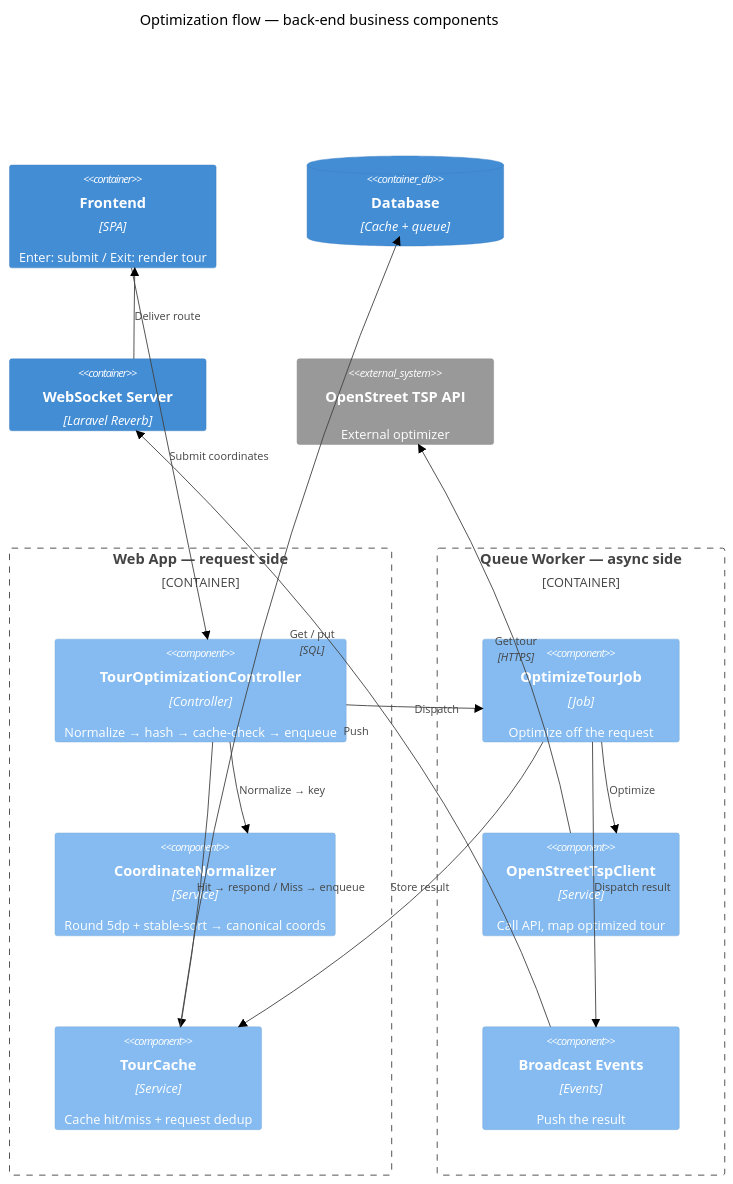
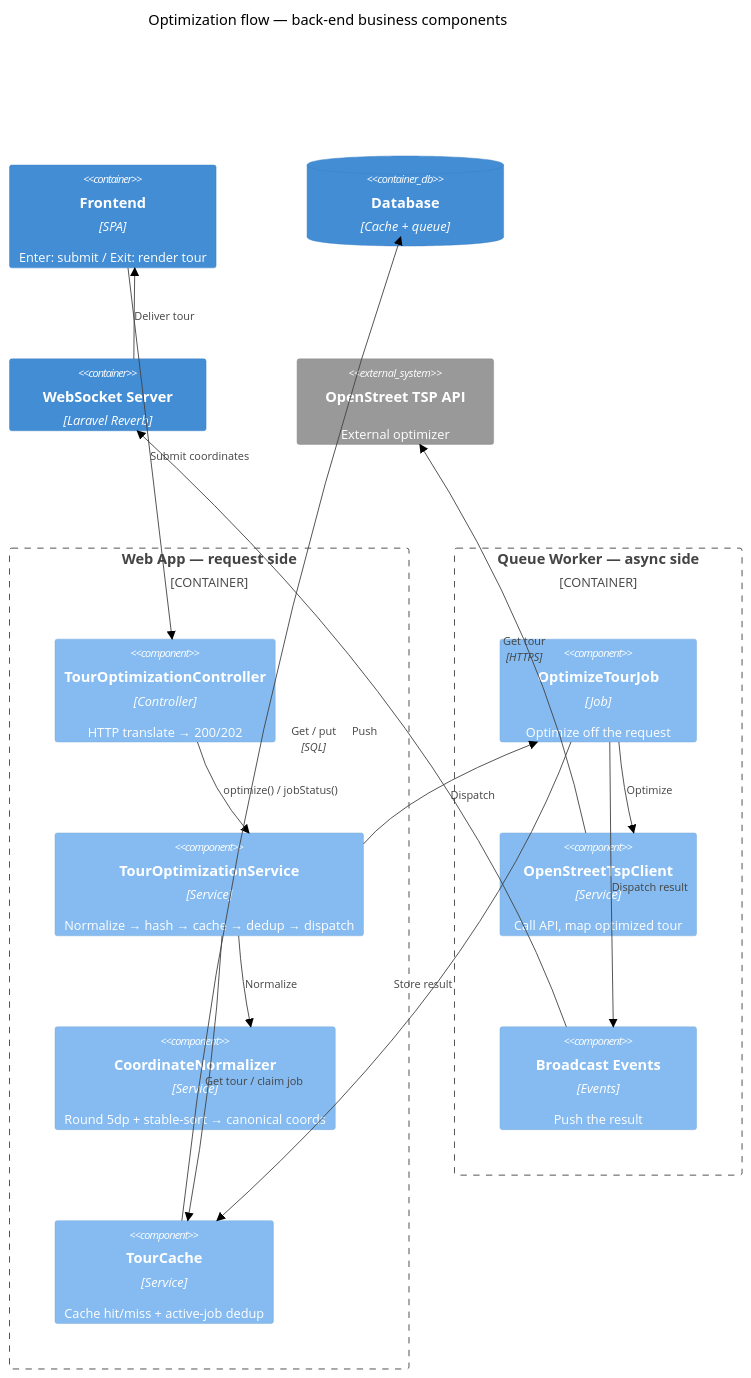
Before and after one commit to Bruoche/optistock: the third of 4 diagrams in specs/001-delivery-route-optimization/architecture.md, drawn with Mermaid (neutral theme). The commit also changed other lines of this file and 5 other files, not shown here.

Commit message:
Refactoring job orchestration out of controller by adding TourOptimizationService

````diff
--- a/specs/001-delivery-route-optimization/architecture.md
+++ b/specs/001-delivery-route-optimization/architecture.md
@@ -133,33 +134,35 @@
 ```mermaid
 C4Component
     title Optimization flow — back-end business components
 
     Container(spa, "Frontend", "SPA", "Enter: submit / Exit: render tour")
     ContainerDb(db, "Database", "Cache + queue", "")
     Container(reverb, "WebSocket Server", "Laravel Reverb", "")
     System_Ext(osm, "OpenStreet TSP API", "External optimizer")
 
     Container_Boundary(web, "Web App — request side") {
-        Component(ctrl, "TourOptimizationController", "Controller", "Normalize → hash → cache-check → enqueue")
+        Component(ctrl, "TourOptimizationController", "Controller", "HTTP translate → 200/202")
+        Component(svc, "TourOptimizationService", "Service", "Normalize → hash → cache → dedup → dispatch")
         Component(norm, "CoordinateNormalizer", "Service", "Round 5dp + stable-sort → canonical coords")
-        Component(cache, "TourCache", "Service", "Cache hit/miss + request dedup")
+        Component(cache, "TourCache", "Service", "Cache hit/miss + active-job dedup")
     }
 
     Container_Boundary(worker, "Queue Worker — async side") {
         Component(job, "OptimizeTourJob", "Job", "Optimize off the request")
         Component(client, "OpenStreetTspClient", "Service", "Call API, map optimized tour")
         Component(evt, "Broadcast Events", "Events", "Push the result")
     }
 
     Rel(spa, ctrl, "Submit coordinates")
-    Rel(ctrl, norm, "Normalize → key")
-    Rel(ctrl, cache, "Hit → respond / Miss → enqueue")
-    Rel(ctrl, job, "Dispatch")
+    Rel(ctrl, svc, "optimize() / jobStatus()")
+    Rel(svc, norm, "Normalize")
+    Rel(svc, cache, "Get tour / claim job")
+    Rel(svc, job, "Dispatch")
     Rel(cache, db, "Get / put", "SQL")
     Rel(job, client, "Optimize")
     Rel(client, osm, "Get tour", "HTTPS")
     Rel(job, cache, "Store result")
     Rel(job, evt, "Dispatch result")
     Rel(evt, reverb, "Push")
-    Rel(reverb, spa, "Deliver route")
+    Rel(reverb, spa, "Deliver tour")
 ```
````
